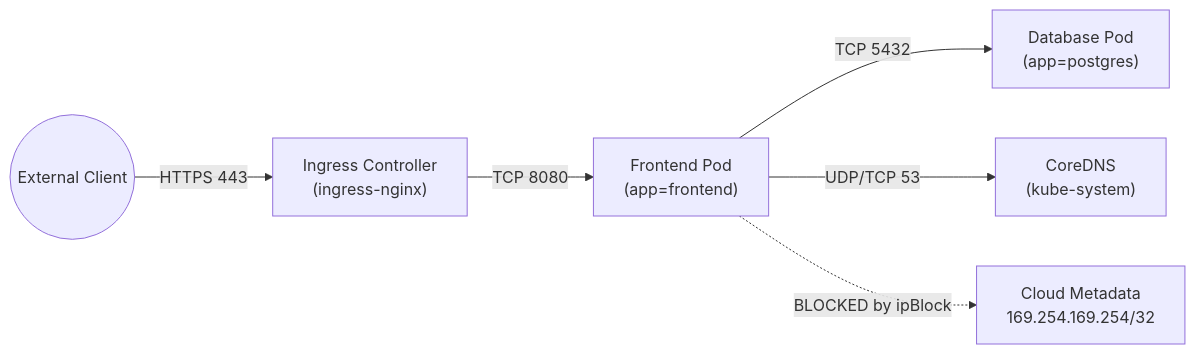
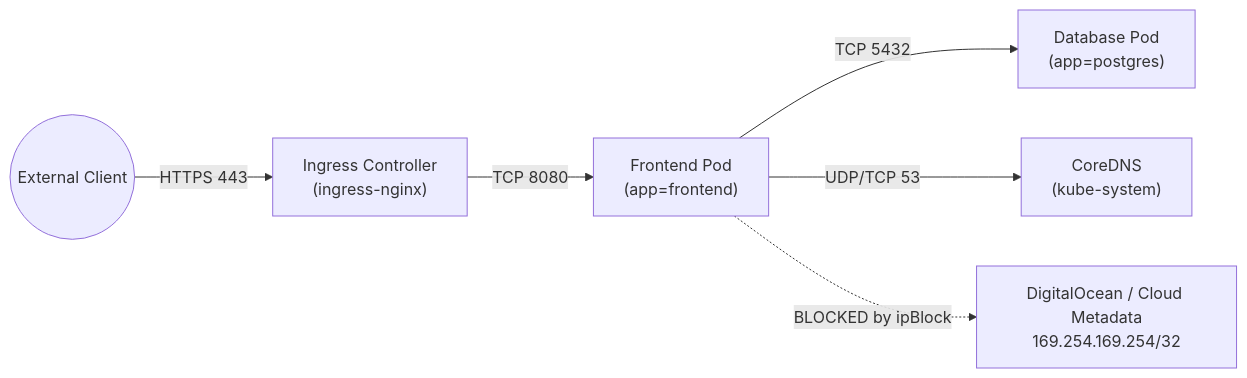
One commit to kendricklawton/technical changed the first of 2 diagrams in Certified_Kubernetes_Security_Specialist/Domain_1_Cluster_Setup/Study_Guide.md. Above: the diagram before and after it, drawn with Mermaid. The commit also changed other lines of this file and 16 other files, not shown here.

First line of the commit message:
feat(cka,cks): integrate DigitalOcean Droplets lab architecture and domain workflows

````diff
--- a/Certified_Kubernetes_Security_Specialist/Domain_1_Cluster_Setup/Study_Guide.md
+++ b/Certified_Kubernetes_Security_Specialist/Domain_1_Cluster_Setup/Study_Guide.md
@@ -27,8 +28,8 @@
 ```mermaid
 flowchart LR
     Internet(("External Client")) -->|HTTPS 443| Ingress["Ingress Controller<br>(ingress-nginx)"]
     Ingress -->|TCP 8080| FE["Frontend Pod<br>(app=frontend)"]
     FE -->|TCP 5432| DB["Database Pod<br>(app=postgres)"]
     FE -->|UDP/TCP 53| DNS["CoreDNS<br>(kube-system)"]
-    FE -.->|BLOCKED by ipBlock| Meta["Cloud Metadata<br>169.254.169.254/32"]
+    FE -.->|BLOCKED by ipBlock| Meta["DigitalOcean / Cloud Metadata<br>169.254.169.254/32"]
 ```
````
